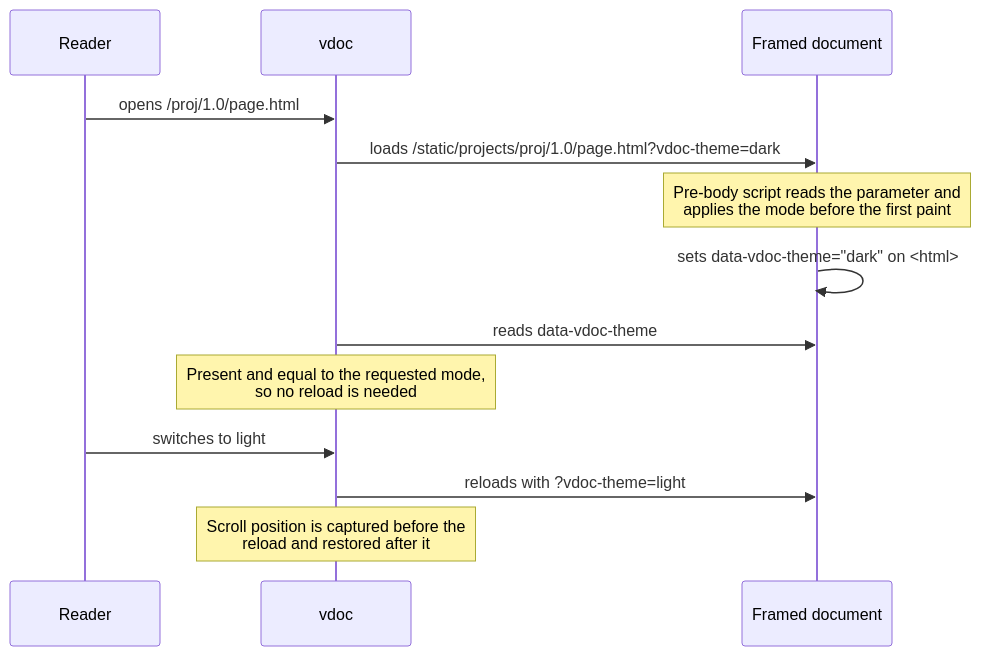
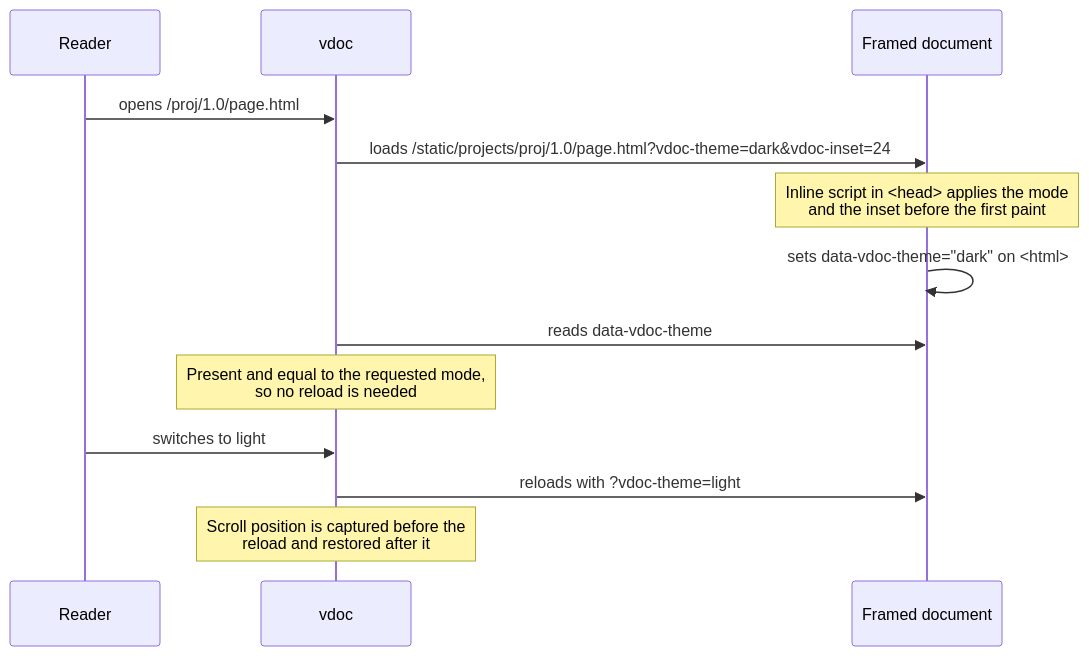
The first of 2 diagrams in docs/frame_contract.md (vorausrobotik/vdoc), drawn with Mermaid before and after one commit. The commit also changed other lines of this file and 10 other files, not shown here.

````diff
--- a/docs/frame_contract.md
+++ b/docs/frame_contract.md
@@ -40,15 +27,15 @@
 ```{mermaid}
 sequenceDiagram
     participant R as Reader
     participant V as vdoc
     participant F as Framed document
     R->>V: opens /proj/1.0/page.html
-    V->>F: loads /static/projects/proj/1.0/page.html?vdoc-theme=dark
-    Note over F: Pre-body script reads the parameter and<br/>applies the mode before the first paint
+    V->>F: loads /static/projects/proj/1.0/page.html?vdoc-theme=dark&vdoc-inset=24
+    Note over F: Inline script in <head> applies the mode<br/>and the inset before the first paint
     F->>F: sets data-vdoc-theme="dark" on <html>
     V->>F: reads data-vdoc-theme
     Note over V: Present and equal to the requested mode,<br/>so no reload is needed
     R->>V: switches to light
     V->>F: reloads with ?vdoc-theme=light
     Note over V: Scroll position is captured before the<br/>reload and restored after it
 ```
````
